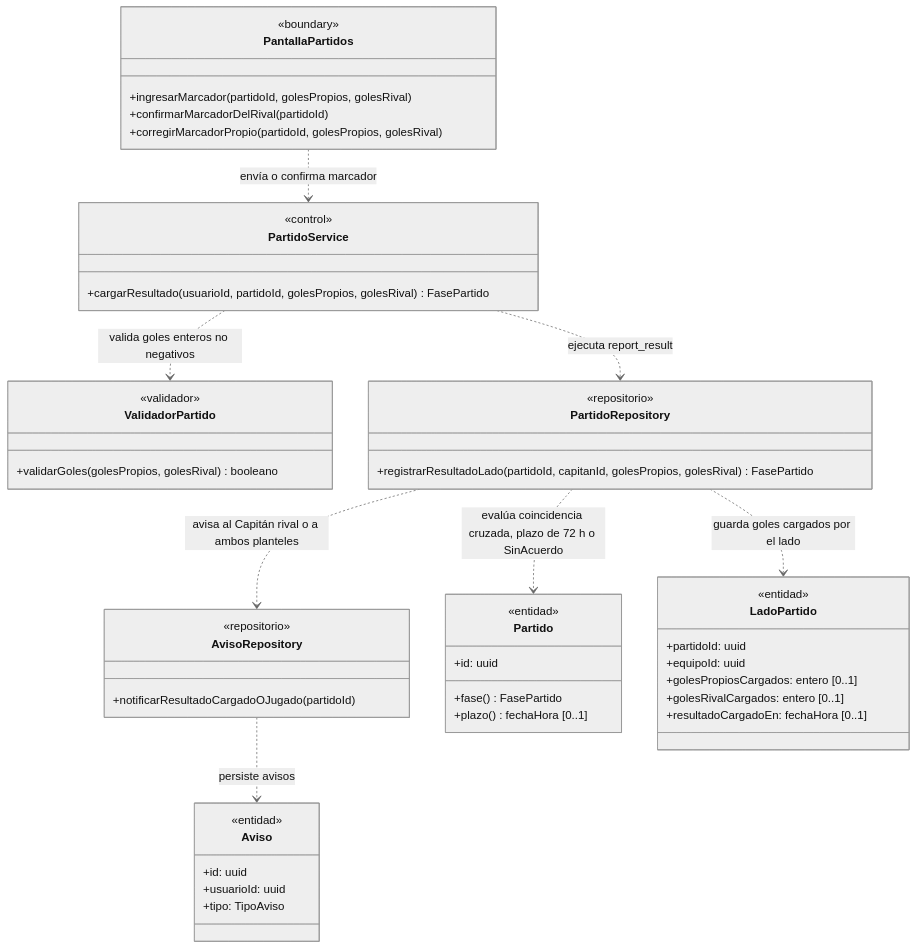
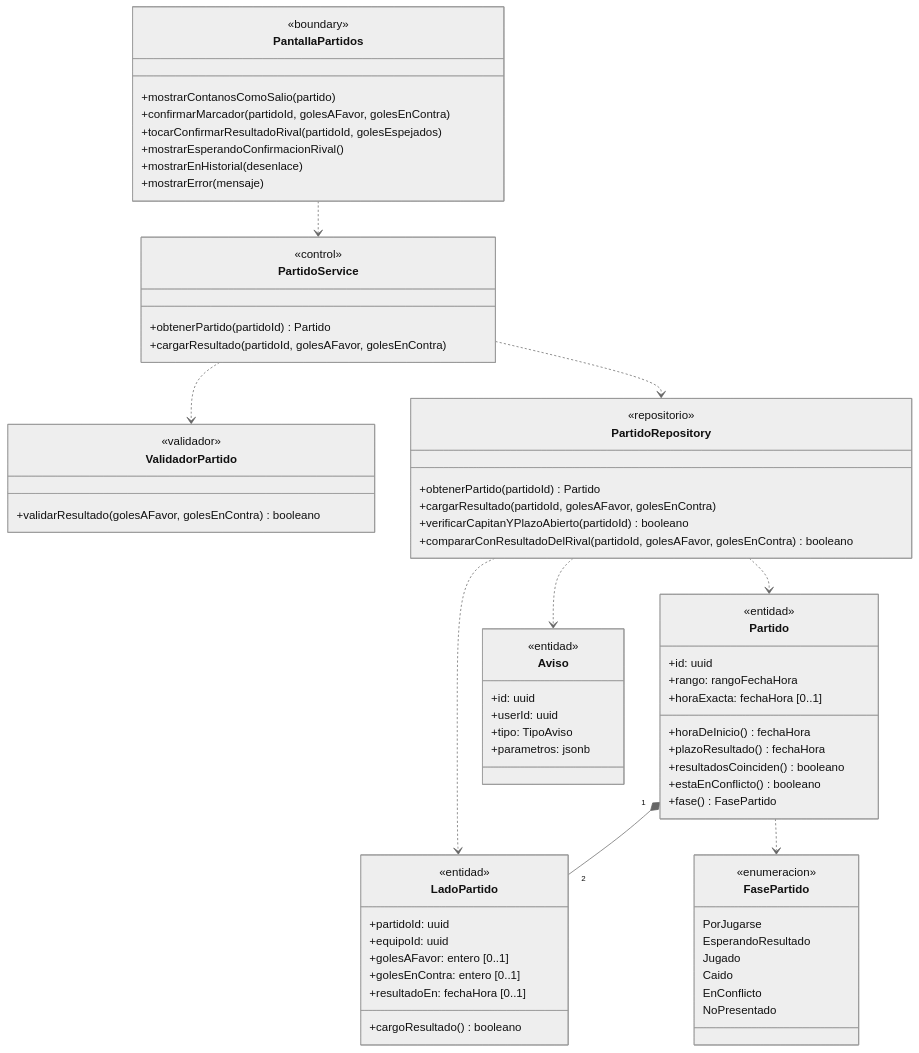
Before and after one commit to nicqletal/torneos-scraper: diagram 12 of 15 in docs/diagramas-de-clase/partidos.md, drawn with Mermaid (neutral theme). The commit also changed other lines of this file and 13 other files, not shown here.

````diff
--- a/docs/diagramas-de-clase/partidos.md
+++ b/docs/diagramas-de-clase/partidos.md
@@ -750,53 +914,72 @@
 ```mermaid
 classDiagram
-direction TB
 class PantallaPartidos {
   <<boundary>>
-  +ingresarMarcador(partidoId, golesPropios, golesRival)
-  +confirmarMarcadorDelRival(partidoId)
-  +corregirMarcadorPropio(partidoId, golesPropios, golesRival)
+  +mostrarContanosComoSalio(partido)
+  +confirmarMarcador(partidoId, golesAFavor, golesEnContra)
+  +tocarConfirmarResultadoRival(partidoId, golesEspejados)
+  +mostrarEsperandoConfirmacionRival()
+  +mostrarEnHistorial(desenlace)
+  +mostrarError(mensaje)
 }
 class PartidoService {
   <<control>>
-  +cargarResultado(usuarioId, partidoId, golesPropios, golesRival) FasePartido
+  +obtenerPartido(partidoId) Partido
+  +cargarResultado(partidoId, golesAFavor, golesEnContra)
 }
 class ValidadorPartido {
   <<validador>>
-  +validarGoles(golesPropios, golesRival) booleano
+  +validarResultado(golesAFavor, golesEnContra) booleano
 }
 class PartidoRepository {
   <<repositorio>>
-  +registrarResultadoLado(partidoId, capitanId, golesPropios, golesRival) FasePartido
-}
-class AvisoRepository {
-  <<repositorio>>
-  +notificarResultadoCargadoOJugado(partidoId)
+  +obtenerPartido(partidoId) Partido
+  +cargarResultado(partidoId, golesAFavor, golesEnContra)
+  +verificarCapitanYPlazoAbierto(partidoId) booleano
+  +compararConResultadoDelRival(partidoId, golesAFavor, golesEnContra) booleano
 }
 class Partido {
   <<entidad>>
   +id: uuid
+  +rango: rangoFechaHora
+  +horaExacta: fechaHora [0..1]
+  +horaDeInicio() fechaHora
+  +plazoResultado() fechaHora
+  +resultadosCoinciden() booleano
+  +estaEnConflicto() booleano
   +fase() FasePartido
-  +plazo() fechaHora [0..1]
 }
 class LadoPartido {
   <<entidad>>
   +partidoId: uuid
   +equipoId: uuid
-  +golesPropiosCargados: entero [0..1]
-  +golesRivalCargados: entero [0..1]
-  +resultadoCargadoEn: fechaHora [0..1]
+  +golesAFavor: entero [0..1]
+  +golesEnContra: entero [0..1]
+  +resultadoEn: fechaHora [0..1]
+  +cargoResultado() booleano
 }
 class Aviso {
   <<entidad>>
   +id: uuid
-  +usuarioId: uuid
+  +userId: uuid
   +tipo: TipoAviso
+  +parametros: jsonb
 }
-PantallaPartidos ..> PartidoService : envía o confirma marcador
-PartidoService ..> ValidadorPartido : valida goles enteros no negativos
-PartidoService ..> PartidoRepository : ejecuta report_result
-PartidoRepository ..> LadoPartido : guarda goles cargados por el lado
-PartidoRepository ..> Partido : evalúa coincidencia cruzada, plazo de 72 h o SinAcuerdo
-PartidoRepository ..> AvisoRepository : avisa al Capitán rival o a ambos planteles
-AvisoRepository ..> Aviso : persiste avisos
+class FasePartido {
+  <<enumeracion>>
+  PorJugarse
+  EsperandoResultado
+  Jugado
+  Caido
+  EnConflicto
+  NoPresentado
+}
+PantallaPartidos ..> PartidoService
+PartidoService ..> ValidadorPartido
+PartidoService ..> PartidoRepository
+PartidoRepository ..> Partido
+PartidoRepository ..> LadoPartido
+PartidoRepository ..> Aviso
+Partido "1" *-- "2" LadoPartido
+Partido ..> FasePartido
 ```
````
